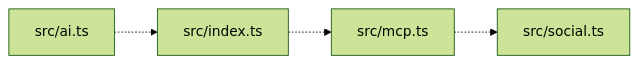
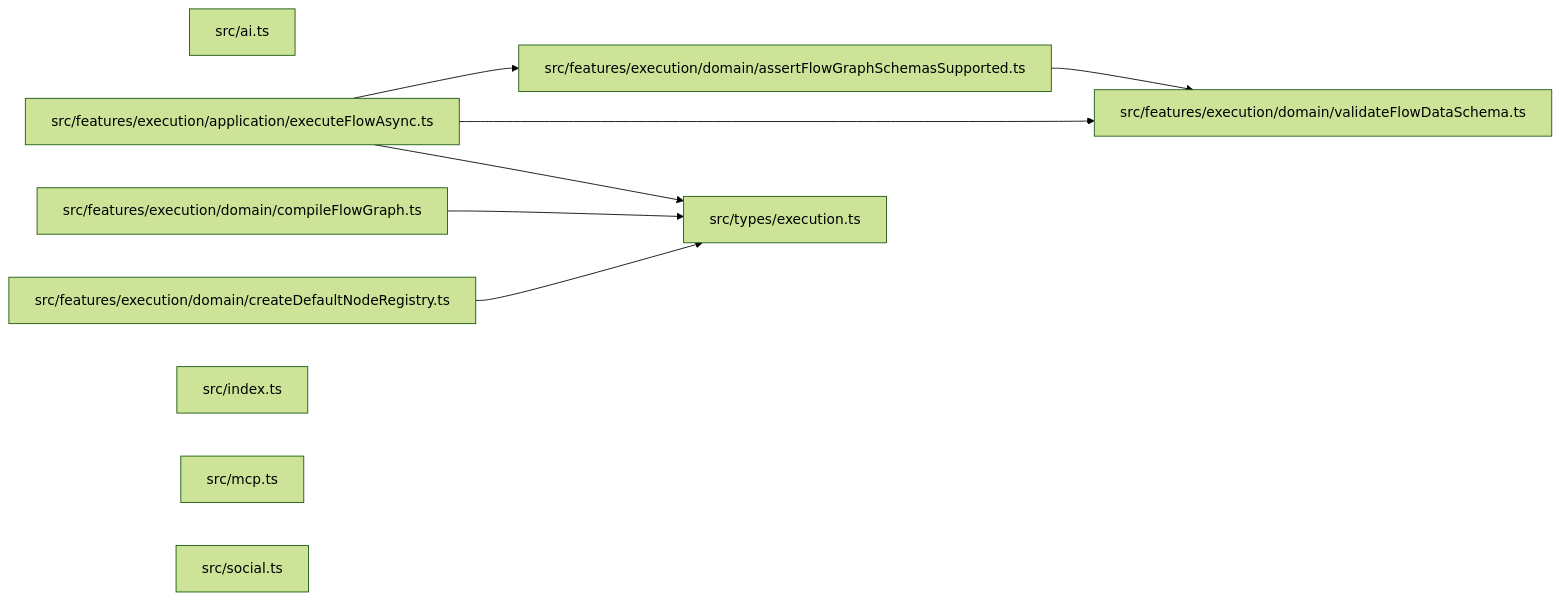
One commit to ankhorage/flow changed the diagram in paradox/diagrams/module-relationships.mmd. Above: the diagram before and after it, drawn with Mermaid (forest theme). The commit also changed 14 other files, not shown here.

```diff
--- a/paradox/diagrams/module-relationships.mmd
+++ b/paradox/diagrams/module-relationships.mmd
@@ -1,8 +1,17 @@
 graph LR
   module_src_ai_ts["src/ai.ts"]
+  module_src_features_execution_application_executeFlowAsync_ts["src/features/execution/application/executeFlowAsync.ts"]
+  module_src_features_execution_domain_assertFlowGraphSchemasSupported_ts["src/features/execution/domain/assertFlowGraphSchemasSupported.ts"]
+  module_src_features_execution_domain_compileFlowGraph_ts["src/features/execution/domain/compileFlowGraph.ts"]
+  module_src_features_execution_domain_createDefaultNodeRegistry_ts["src/features/execution/domain/createDefaultNodeRegistry.ts"]
+  module_src_features_execution_domain_validateFlowDataSchema_ts["src/features/execution/domain/validateFlowDataSchema.ts"]
   module_src_index_ts["src/index.ts"]
   module_src_mcp_ts["src/mcp.ts"]
   module_src_social_ts["src/social.ts"]
-  module_src_ai_ts -.-> module_src_index_ts
-  module_src_index_ts -.-> module_src_mcp_ts
-  module_src_mcp_ts -.-> module_src_social_ts
+  module_src_types_execution_ts["src/types/execution.ts"]
+  module_src_features_execution_application_executeFlowAsync_ts --> module_src_features_execution_domain_assertFlowGraphSchemasSupported_ts
+  module_src_features_execution_application_executeFlowAsync_ts --> module_src_features_execution_domain_validateFlowDataSchema_ts
+  module_src_features_execution_application_executeFlowAsync_ts --> module_src_types_execution_ts
+  module_src_features_execution_domain_assertFlowGraphSchemasSupported_ts --> module_src_features_execution_domain_validateFlowDataSchema_ts
+  module_src_features_execution_domain_compileFlowGraph_ts --> module_src_types_execution_ts
+  module_src_features_execution_domain_createDefaultNodeRegistry_ts --> module_src_types_execution_ts
```
